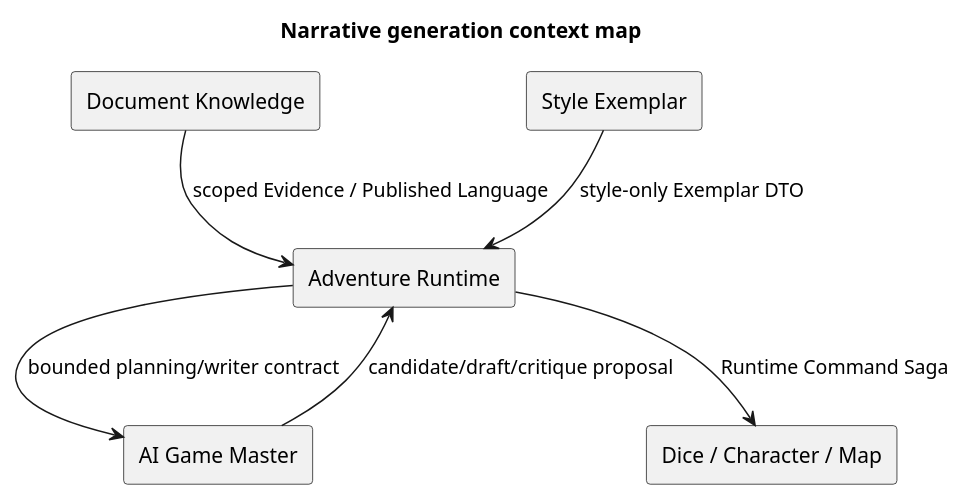
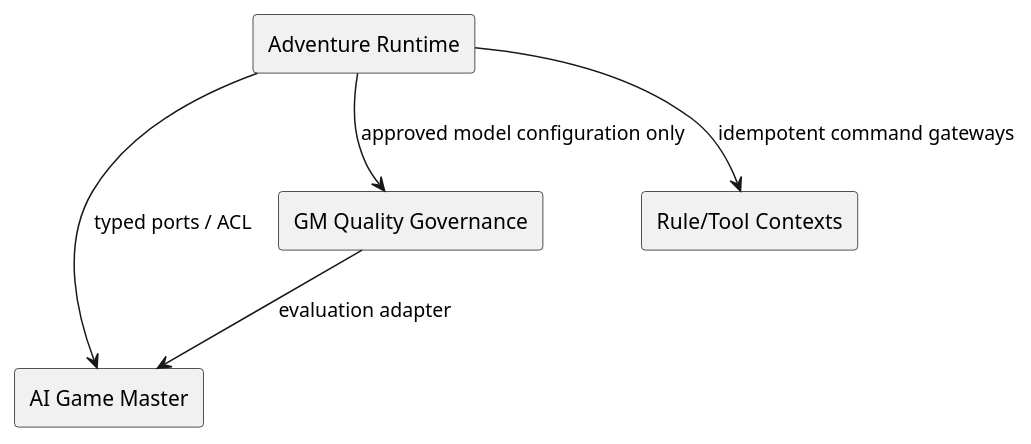
One commit to omegafrog/dnd-master changed the second of 4 diagrams in docs/specs/architecture-spec.md. Above: the diagram before and after it, drawn with PlantUML. The commit also changed other lines of this file and 7 other files, not shown here.

Commit message:
docs: plan GM turn quality governance

````diff
--- a/docs/specs/architecture-spec.md
+++ b/docs/specs/architecture-spec.md
@@ -162,15 +138,12 @@
 ```plantuml
 @startuml
-title Narrative generation context map
-rectangle "Document Knowledge" as knowledge
-rectangle "Style Exemplar" as exemplar
-rectangle "AI Game Master" as gm
 rectangle "Adventure Runtime" as runtime
-rectangle "Dice / Character / Map" as state
-knowledge --> runtime : scoped Evidence / Published Language
-exemplar --> runtime : style-only Exemplar DTO
-runtime --> gm : bounded planning/writer contract
-gm --> runtime : candidate/draft/critique proposal
-runtime --> state : Runtime Command Saga
+rectangle "AI Game Master" as ai
+rectangle "GM Quality Governance" as quality
+rectangle "Rule/Tool Contexts" as tools
+runtime --> ai : typed ports / ACL
+runtime --> tools : idempotent command gateways
+quality --> ai : evaluation adapter
+runtime --> quality : approved model configuration only
 @enduml
 ```
````
